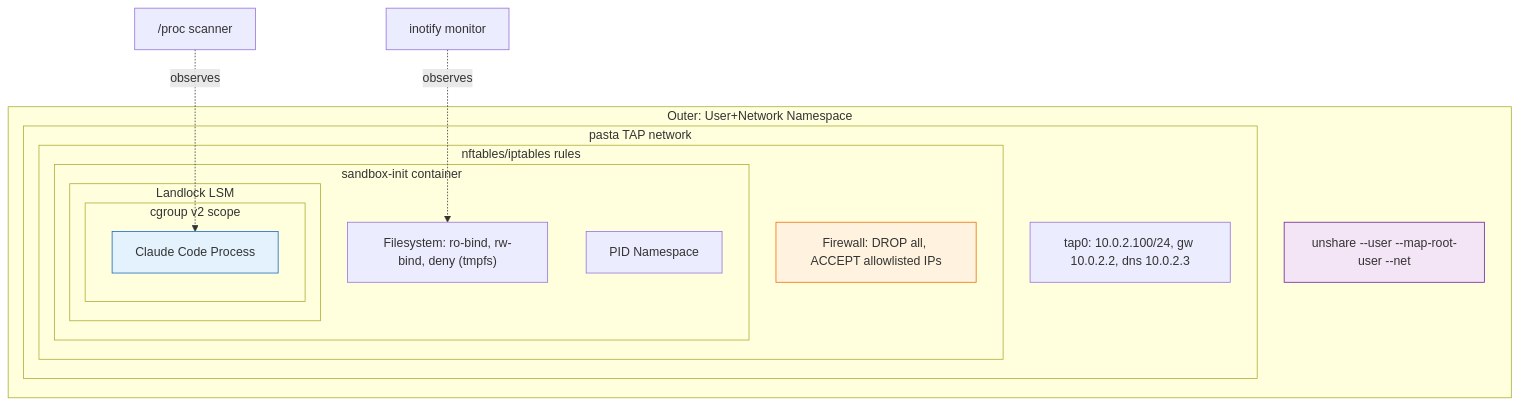
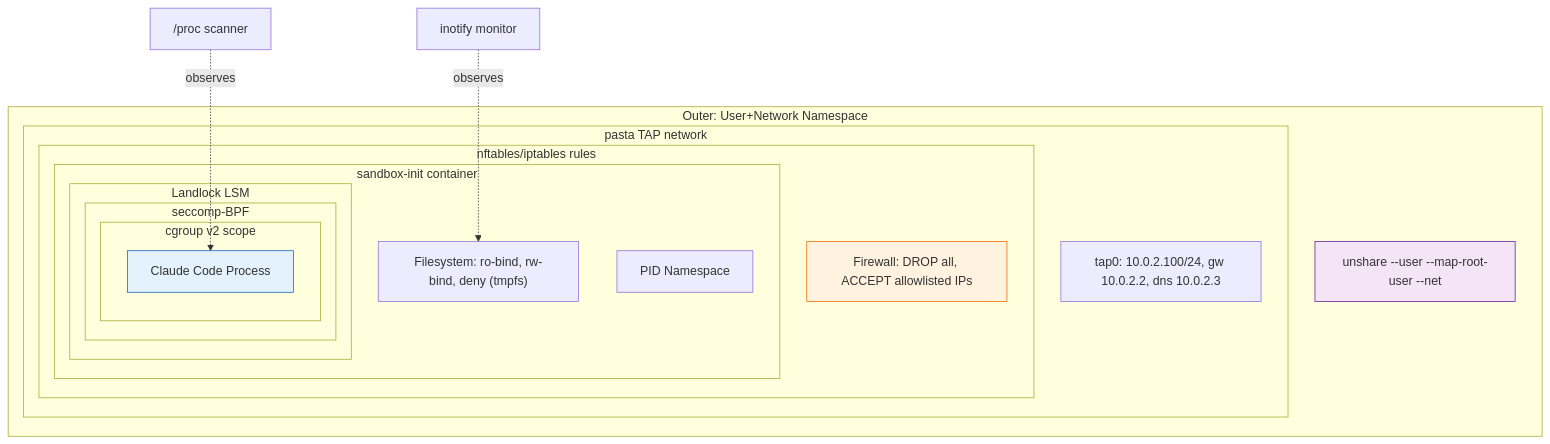
The fourth of 6 diagrams in docs/ARCHITECTURE.md (lexicone42/gleisner), drawn with Mermaid before and after one commit. The commit also changed other lines of this file and 13 other files, not shown here.

````diff
--- a/docs/ARCHITECTURE.md
+++ b/docs/ARCHITECTURE.md
@@ -427,28 +427,30 @@
 ```mermaid
 graph TB
     subgraph "Outer: User+Network Namespace"
         subgraph "pasta TAP network"
             subgraph "nftables/iptables rules"
                 subgraph "sandbox-init container"
                     subgraph "Landlock LSM"
-                        subgraph "cgroup v2 scope"
-                            CC["Claude Code Process"]
+                        subgraph "seccomp-BPF"
+                            subgraph "cgroup v2 scope"
+                                CC["Claude Code Process"]
+                            end
                         end
                     end
                     FS["Filesystem: ro-bind, rw-bind, deny (tmpfs)"]
                     PID["PID Namespace"]
                 end
                 FW["Firewall: DROP all, ACCEPT allowlisted IPs"]
             end
             TAP["tap0: 10.0.2.100/24, gw 10.0.2.2, dns 10.0.2.3"]
         end
         NS["unshare --user --map-root-user --net"]
     end
 
     INO["inotify monitor"] -.->|observes| FS
     PROC["/proc scanner"] -.->|observes| CC
 
     style CC fill:#e3f2fd,stroke:#1565c0
     style FW fill:#fff3e0,stroke:#ef6c00
     style NS fill:#f3e5f5,stroke:#6a1b9a
 ```
````
